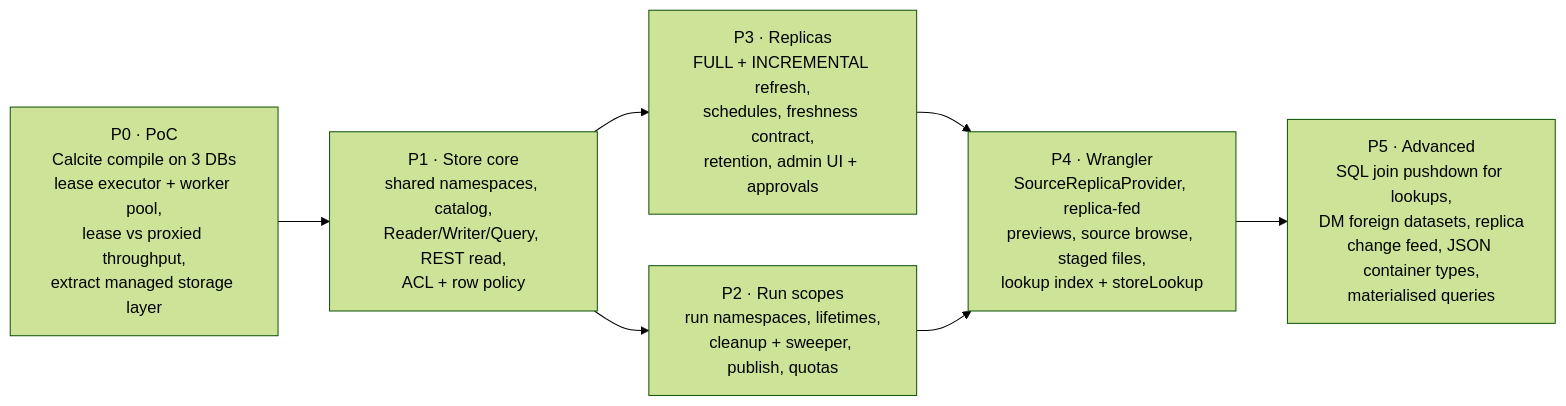
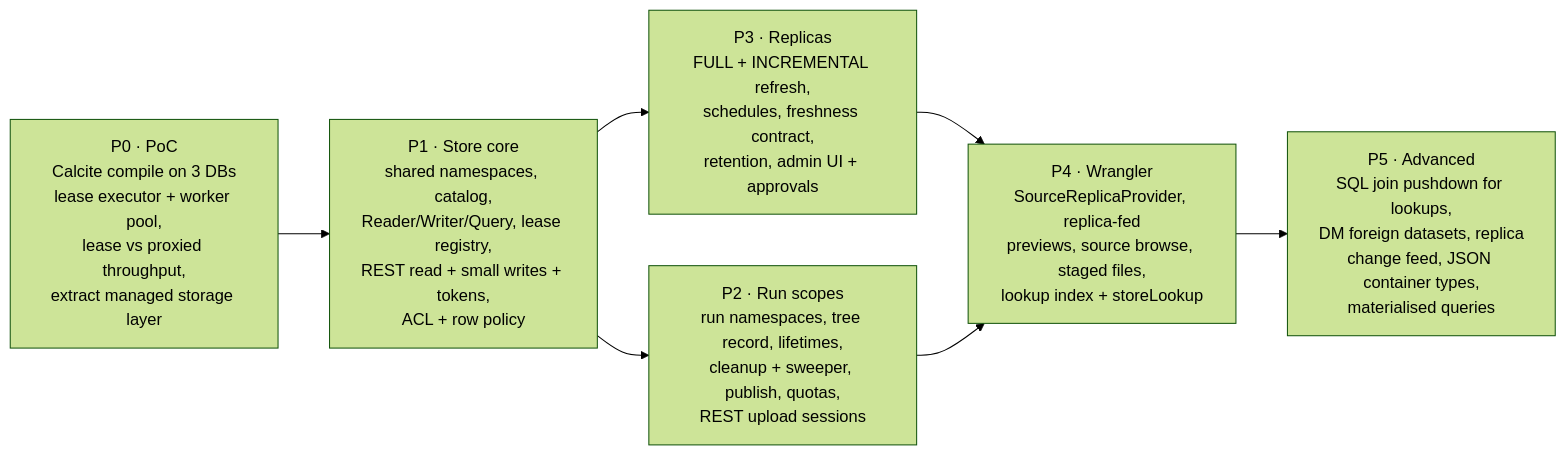
One commit to dpavlis/clover-datastore changed the diagram in spec/11-phasing.md. Above: the diagram before and after it, drawn with Mermaid (forest theme). The commit also changed other lines of this file and 3 other files, not shown here.

````diff
--- a/spec/11-phasing.md
+++ b/spec/11-phasing.md
@@ -4,9 +4,9 @@
 ```mermaid
 flowchart LR
-  P0["P0 · PoC<br/>Calcite compile on 3 DBs<br/>lease executor + worker pool,<br/>lease vs proxied throughput,<br/>extract managed storage layer"] --> P1["P1 · Store core<br/>shared namespaces, catalog,<br/>Reader/Writer/Query, REST read,<br/>ACL + row policy"]
-  P1 --> P2["P2 · Run scopes<br/>run namespaces, lifetimes,<br/>cleanup + sweeper, publish, quotas"]
+  P0["P0 · PoC<br/>Calcite compile on 3 DBs<br/>lease executor + worker pool,<br/>lease vs proxied throughput,<br/>extract managed storage layer"] --> P1["P1 · Store core<br/>shared namespaces, catalog,<br/>Reader/Writer/Query, lease registry,<br/>REST read + small writes + tokens,<br/>ACL + row policy"]
+  P1 --> P2["P2 · Run scopes<br/>run namespaces, tree record, lifetimes,<br/>cleanup + sweeper, publish, quotas,<br/>REST upload sessions"]
   P1 --> P3["P3 · Replicas<br/>FULL + INCREMENTAL refresh,<br/>schedules, freshness contract,<br/>retention, admin UI + approvals"]
   P3 --> P4["P4 · Wrangler<br/>SourceReplicaProvider, replica-fed<br/>previews, source browse, staged files,<br/>lookup index + storeLookup"]
   P2 --> P4
   P4 --> P5["P5 · Advanced<br/>SQL join pushdown for lookups,<br/>DM foreign datasets, replica<br/>change feed, JSON container types,<br/>materialised queries"]
 ```
````
